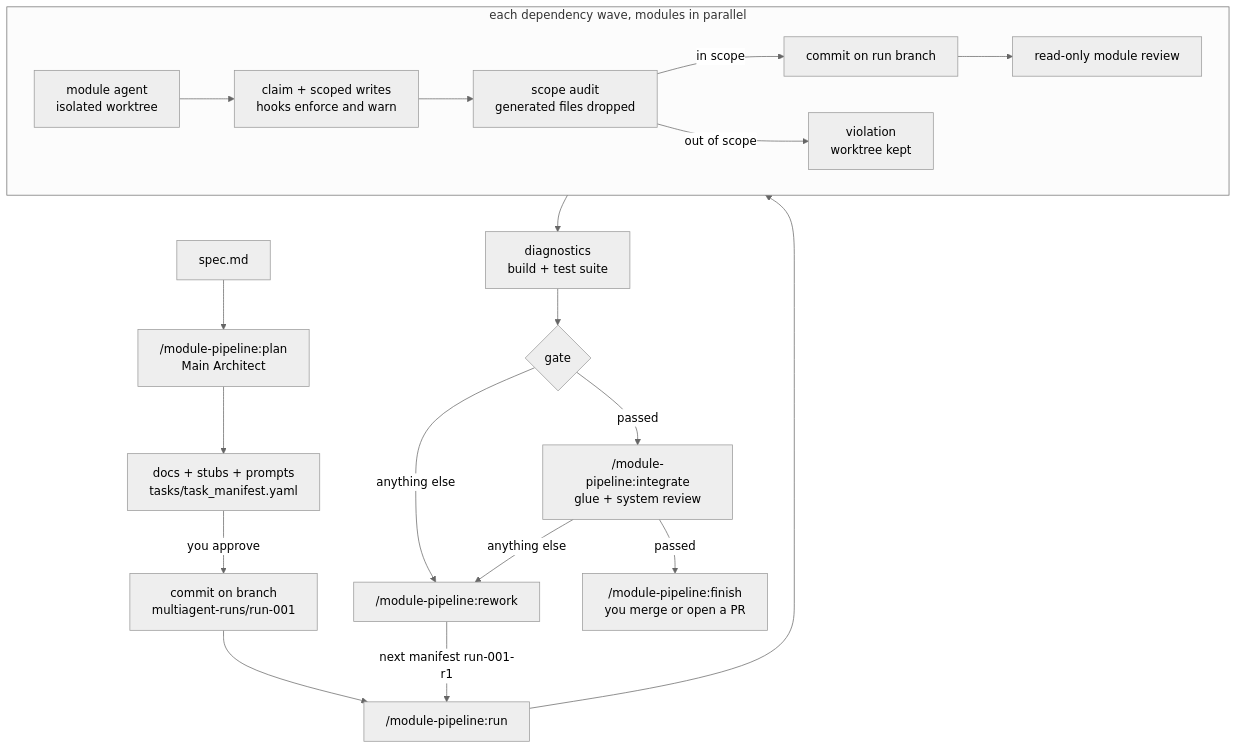
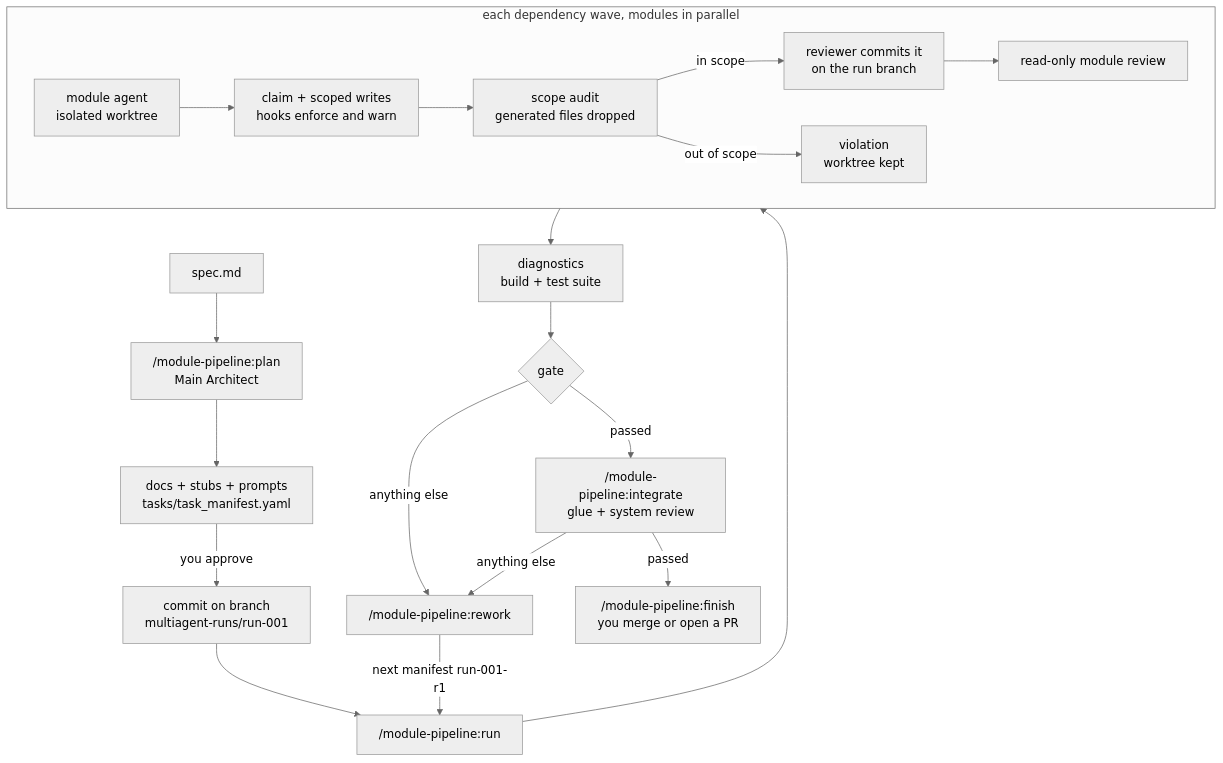
One commit to spardanviro/MultiAgentGameStudio changed the diagram in README.md. Above: the diagram before and after it, drawn with Mermaid (neutral theme). The commit also changed other lines of this file and 24 other files, not shown here.

````diff
--- a/README.md
+++ b/README.md
@@ -118,22 +127,22 @@
 ```mermaid
 flowchart TD
     S[spec.md] --> P["/module-pipeline:plan<br/>Main Architect"]
     P --> M[docs + stubs + prompts<br/>tasks/task_manifest.yaml]
     M -->|you approve| B[commit on branch<br/>multiagent-runs/run-001]
     B --> R["/module-pipeline:run"]
     subgraph wave [each dependency wave, modules in parallel]
         I[module agent<br/>isolated worktree] --> C[claim + scoped writes<br/>hooks enforce and warn]
         C --> A[scope audit<br/>generated files dropped]
-        A -->|in scope| K[commit on run branch]
+        A -->|in scope| K[reviewer commits it<br/>on the run branch]
         A -->|out of scope| V[violation<br/>worktree kept]
         K --> RV[read-only module review]
     end
     R --> wave
     wave --> D[diagnostics<br/>build + test suite]
     D --> G{gate}
     G -->|passed| INT["/module-pipeline:integrate<br/>glue + system review"]
     G -->|anything else| RW["/module-pipeline:rework"]
     INT -->|passed| MERGE["/module-pipeline:finish<br/>you merge or open a PR"]
     INT -->|anything else| RW
     RW -->|next manifest run-001-r1| R
 ```
````
